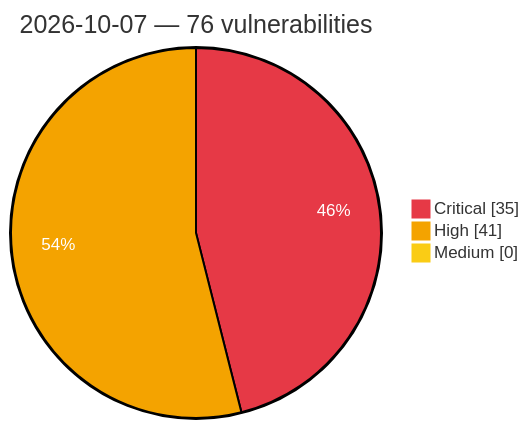
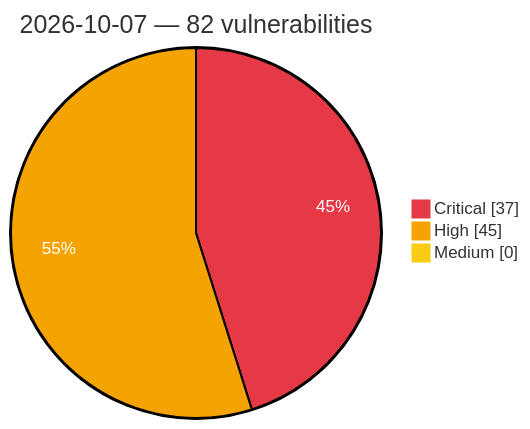
One commit to GhostX0X/vuln-tracker changed the diagram in vulnerabilities/2026/October/2026-10-07.md. Above: the diagram before and after it, drawn with Mermaid. The commit also changed other lines of this file and 5 other files, not shown here.

Commit message:
Auto update: critical/high vulns (2026-10-08 01:33 UTC)

````diff
--- a/vulnerabilities/2026/October/2026-10-07.md
+++ b/vulnerabilities/2026/October/2026-10-07.md
@@ -3,8 +3,8 @@
 ```mermaid
 %%{init: {'theme':'base', 'themeVariables': {'pie1':'#e63946', 'pie2':'#f4a300', 'pie3':'#facc15', 'pieOpacity':'1', 'pieOuterStrokeWidth':'2px', 'pieSectionTextColor':'#ffffff'}}}%%
 pie showData
-    title 2026-10-07 — 76 vulnerabilities
-    "Critical" : 35
-    "High" : 41
+    title 2026-10-07 — 82 vulnerabilities
+    "Critical" : 37
+    "High" : 45
     "Medium" : 0
 ```
````
